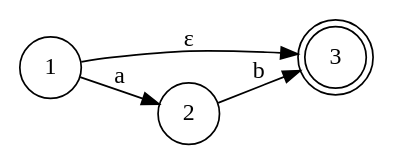
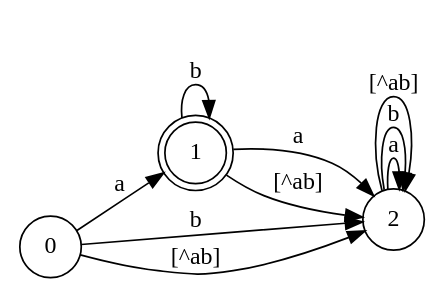
One commit to AmBha21/Theory-of-Computation changed the diagram in nfa.dot. Above: the diagram before and after it, drawn with Graphviz. The commit also changed 10 other files, not shown here.

```diff
--- a/nfa.dot
+++ b/nfa.dot
@@ -1,8 +1,14 @@
 digraph NFA {
     rankdir=LR;
-    node [shape = doublecircle]; 3;
+    node [shape = doublecircle]; 1;
     node [shape = circle];
+    0 -> 1 [label="a"];
+    0 -> 2 [label="b"];
+    0 -> 2 [label="[^ab]"];
     1 -> 2 [label="a"];
-    1 -> 3 [label="ε"];
-    2 -> 3 [label="b"];
+    1 -> 1 [label="b"];
+    1 -> 2 [label="[^ab]"];
+    2 -> 2 [label="a"];
+    2 -> 2 [label="b"];
+    2 -> 2 [label="[^ab]"];
 }
```
